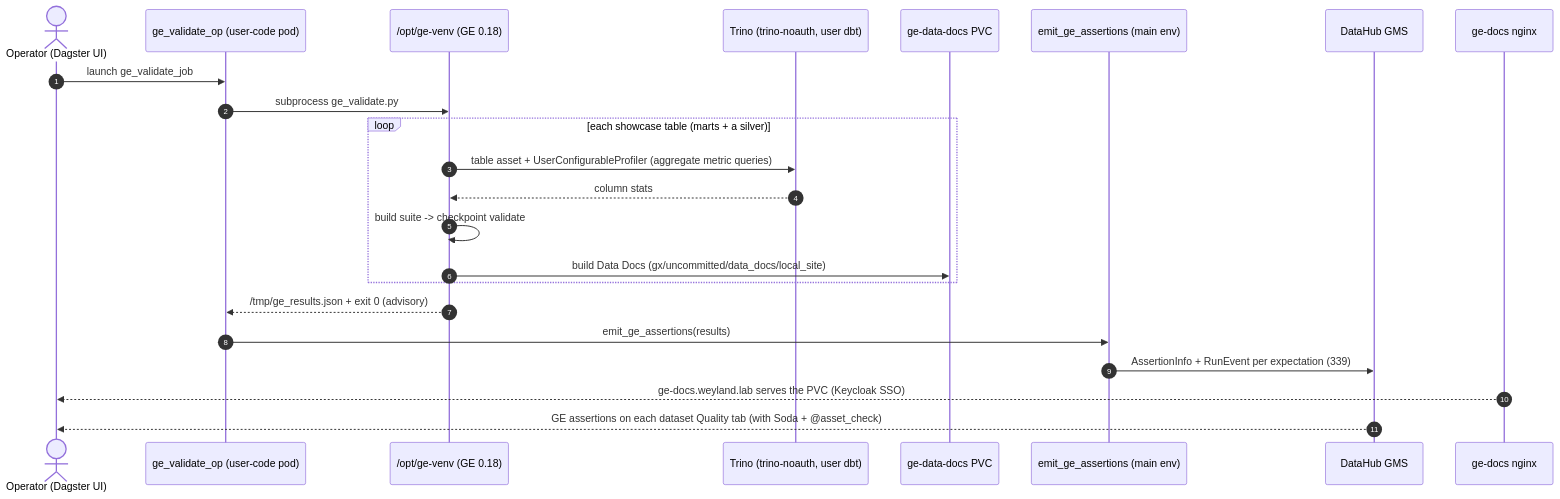
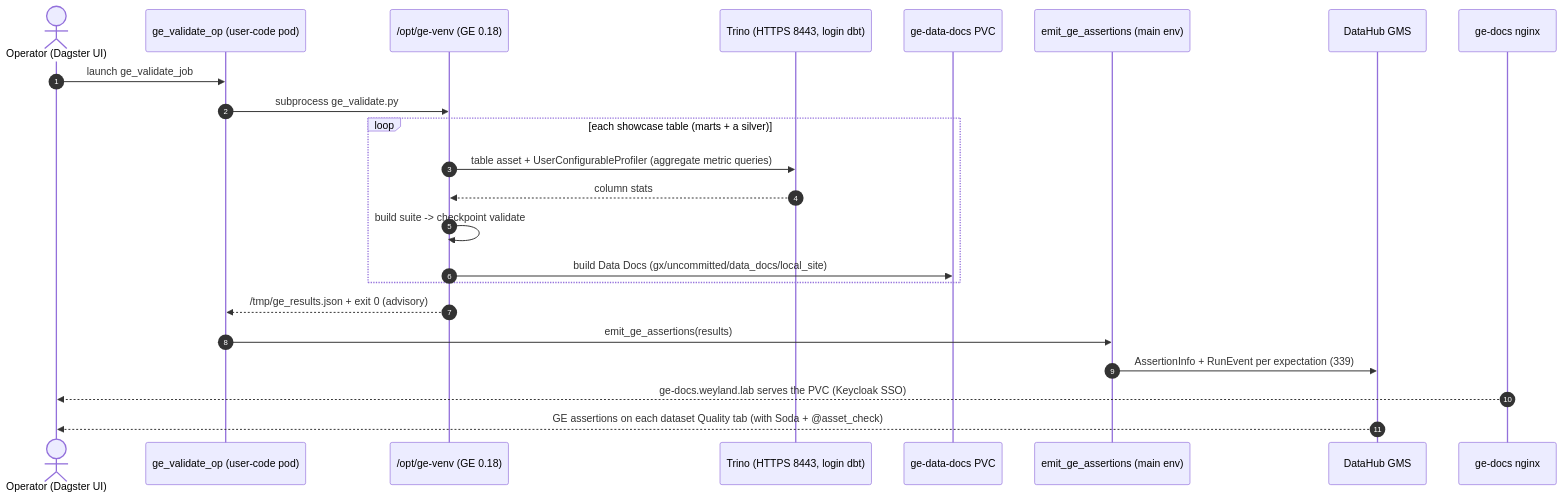
One commit to edtbl76/weyland-lab changed the diagram in docs/diagrams/flow-great-expectations.md. Above: the diagram before and after it, drawn with Mermaid. The commit also changed other lines of this file and 96 other files, not shown here.

Commit message:
Enforce Trino authentication (B233): require passwords over HTTPS (8443) for all callers. Update scripts, docs, tests, and configs accordingly. Add sealed secrets for required credentials.

````diff
--- a/docs/diagrams/flow-great-expectations.md
+++ b/docs/diagrams/flow-great-expectations.md
@@ -15,26 +15,26 @@
 ```mermaid
 sequenceDiagram
   autonumber
   actor U as Operator (Dagster UI)
   participant OP as ge_validate_op (user-code pod)
   participant GE as /opt/ge-venv (GE 0.18)
-  participant TR as Trino (trino-noauth, user dbt)
+  participant TR as Trino (HTTPS 8443, login dbt)
   participant PVC as ge-data-docs PVC
   participant EM as emit_ge_assertions (main env)
   participant DH as DataHub GMS
   participant NG as ge-docs nginx
 
   U->>OP: launch ge_validate_job
   OP->>GE: subprocess ge_validate.py
   loop each showcase table (marts + a silver)
     GE->>TR: table asset + UserConfigurableProfiler (aggregate metric queries)
     TR-->>GE: column stats
     GE->>GE: build suite -> checkpoint validate
     GE->>PVC: build Data Docs (gx/uncommitted/data_docs/local_site)
   end
   GE-->>OP: /tmp/ge_results.json + exit 0 (advisory)
   OP->>EM: emit_ge_assertions(results)
   EM->>DH: AssertionInfo + RunEvent per expectation (339)
   NG-->>U: ge-docs.weyland.lab serves the PVC (Keycloak SSO)
   DH-->>U: GE assertions on each dataset Quality tab (with Soda + @asset_check)
 ```
````
